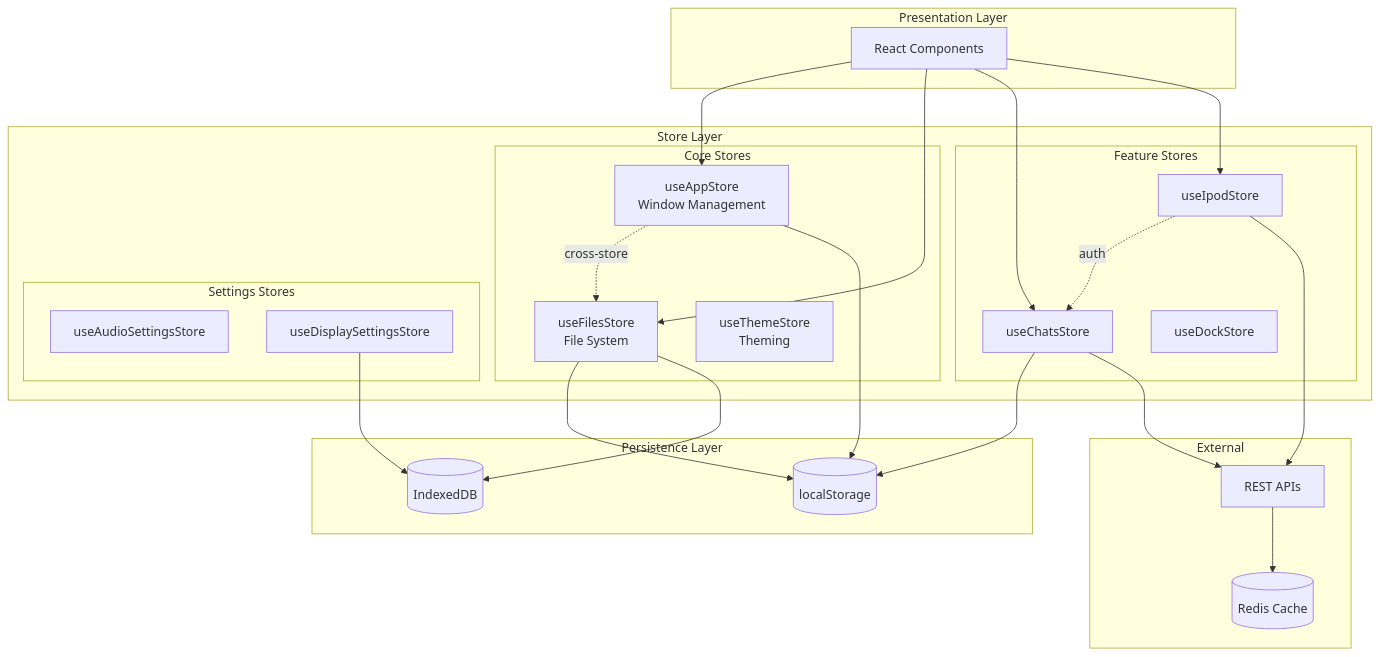
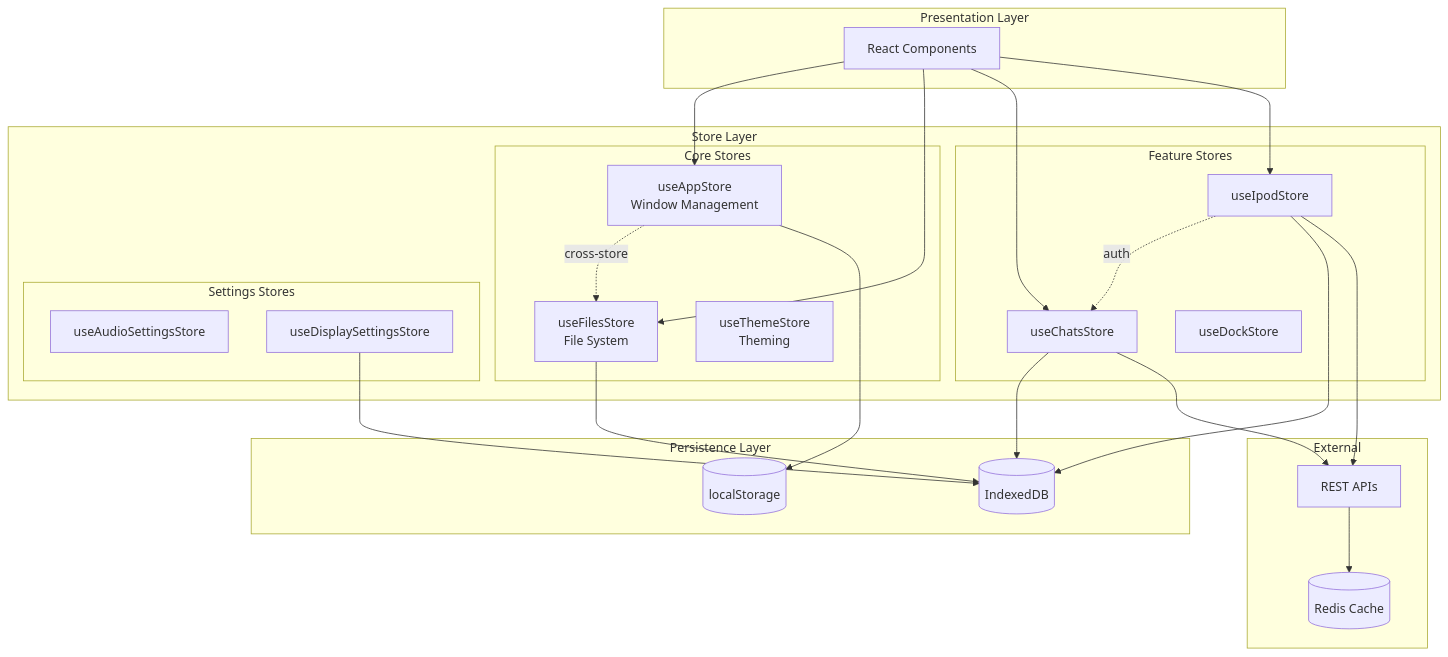
One commit to ryokun6/ryos changed the first of 6 diagrams in docs/3.2-state-management.md. Above: the diagram before and after it, drawn with Mermaid. The commit also changed other lines of this file and 49 other files, not shown here.

````diff
--- a/docs/3.2-state-management.md
+++ b/docs/3.2-state-management.md
@@ -7,53 +7,53 @@
 ```mermaid
 flowchart TB
     subgraph "Presentation Layer"
         COMP[React Components]
     end
     
     subgraph "Store Layer"
         subgraph "Core Stores"
             APP[useAppStore<br/>Window Management]
             FILES[useFilesStore<br/>File System]
             THEME[useThemeStore<br/>Theming]
         end
         
         subgraph "Feature Stores"
             CHAT[useChatsStore]
             IPOD[useIpodStore]
             DOCK[useDockStore]
         end
         
         subgraph "Settings Stores"
             AUDIO[useAudioSettingsStore]
             DISPLAY[useDisplaySettingsStore]
         end
     end
     
     subgraph "Persistence Layer"
         LS[(localStorage)]
         IDB[(IndexedDB)]
     end
     
     subgraph "External"
         API[REST APIs]
         REDIS[(Redis Cache)]
     end
     
     COMP --> APP
     COMP --> FILES
     COMP --> CHAT
     COMP --> IPOD
     
     APP -.->|cross-store| FILES
     IPOD -.->|auth| CHAT
     
     APP --> LS
-    FILES --> LS
     FILES --> IDB
-    CHAT --> LS
+    CHAT --> IDB
+    IPOD --> IDB
     DISPLAY --> IDB
     
     IPOD --> API
     CHAT --> API
     API --> REDIS
 ```
````
